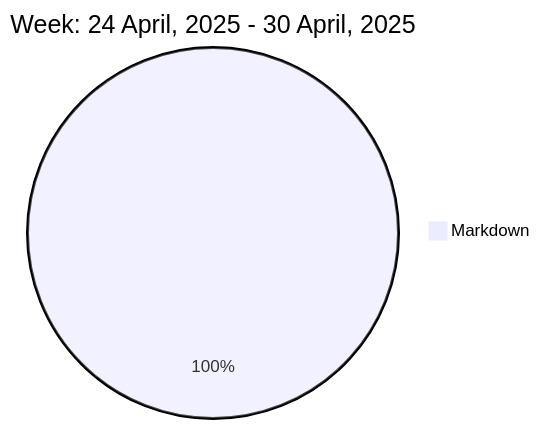
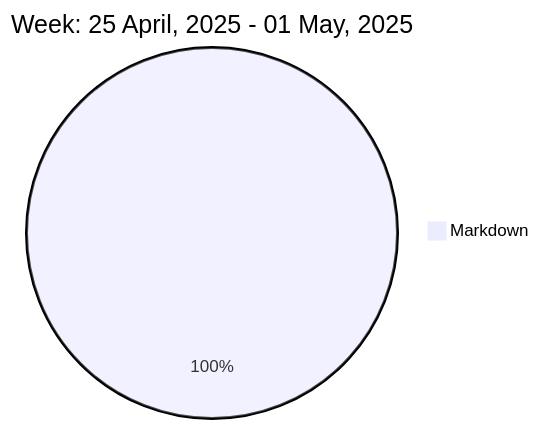
One commit to liubin95/liubin95 changed the diagram in README.md. Above: the diagram before and after it, drawn with Mermaid.

Commit message:
Updated the Graph with new Metrics

````diff
--- a/README.md
+++ b/README.md
@@ -37,5 +37,5 @@
 ```mermaid
  pie
-title Week: 24 April, 2025 - 30 April, 2025
+title Week: 25 April, 2025 - 01 May, 2025
  "Markdown" : 3.17
 ```
````
